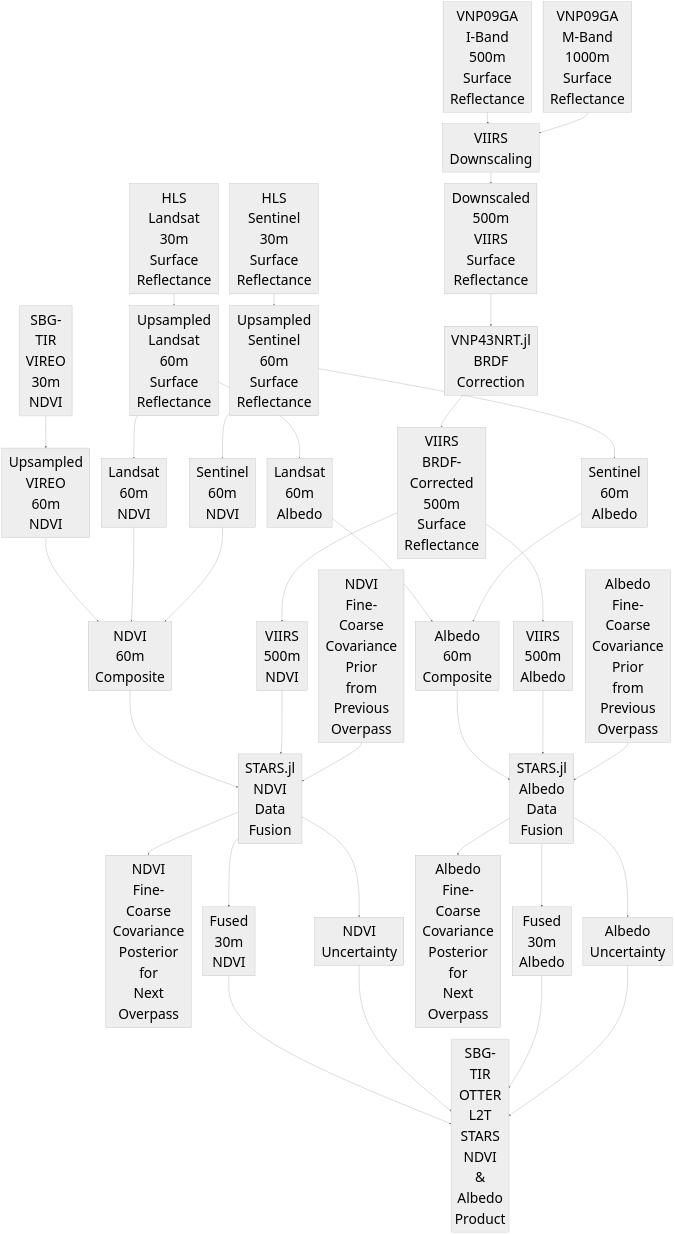
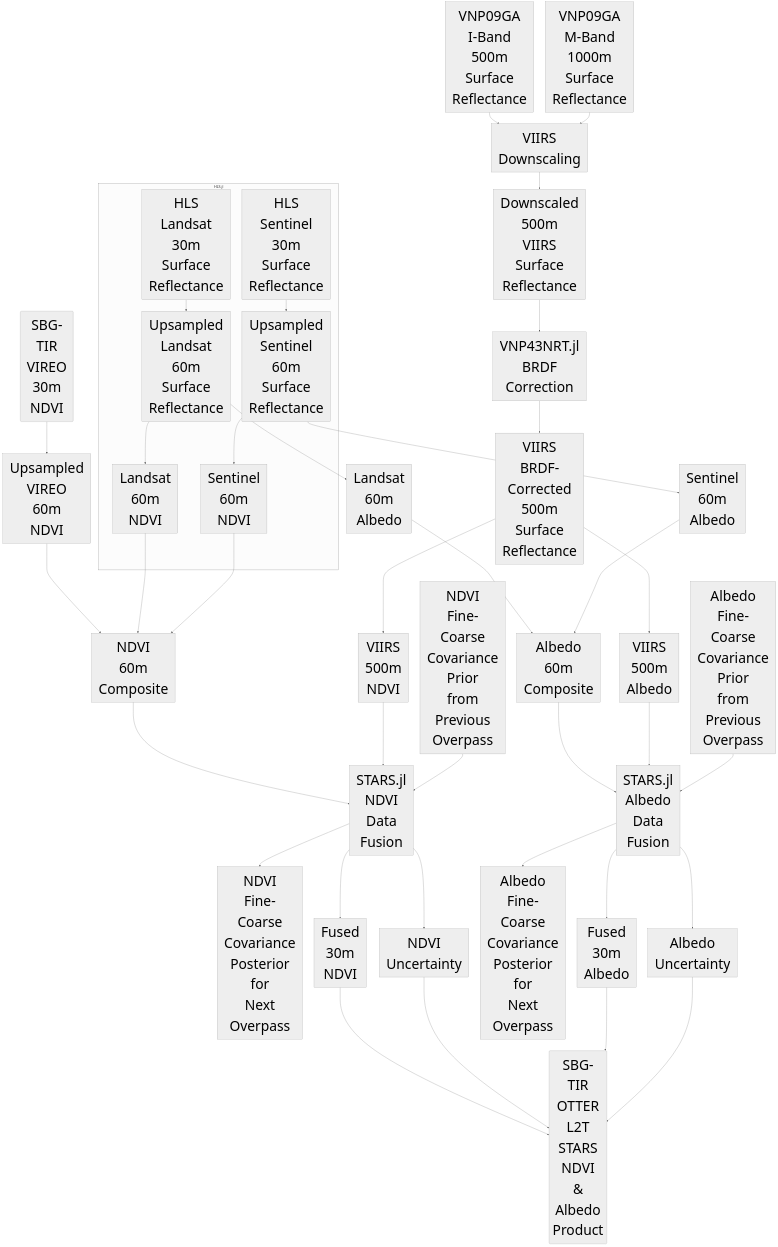
Before and after one commit to sbg-tir/SBG-TIR-L2-STARS: the diagram in README.md, drawn with Mermaid (neutral theme).

```diff
--- a/README.md
+++ b/README.md
@@ -48,12 +48,15 @@
     VIIRS_NDVI[VIIRS<br>500m<br>NDVI]
     VIIRS_albedo[VIIRS<br>500m<br>Albedo]
 
-    Landsat_reflectance[HLS<br>Landsat<br>30m<br>Surface<br>Reflectance]
-    Landsat_upsampled[Upsampled<br>Landsat<br>60m<br>Surface<br>Reflectance]
-    Landsat_NDVI[Landsat<br>60m<br>NDVI]
-    Sentinel_reflectance[HLS<br>Sentinel<br>30m<br>Surface<br>Reflectance]
-    Sentinel_upsampled[Upsampled<br>Sentinel<br>60m<br>Surface<br>Reflectance]
-    Sentinel_NDVI[Sentinel<br>60m<br>NDVI]
+    subgraph HLS_aquisition[HLS.jl]
+        Landsat_reflectance[HLS<br>Landsat<br>30m<br>Surface<br>Reflectance]
+        Landsat_upsampled[Upsampled<br>Landsat<br>60m<br>Surface<br>Reflectance]
+        Landsat_NDVI[Landsat<br>60m<br>NDVI]
+        Sentinel_reflectance[HLS<br>Sentinel<br>30m<br>Surface<br>Reflectance]
+        Sentinel_upsampled[Upsampled<br>Sentinel<br>60m<br>Surface<br>Reflectance]
+        Sentinel_NDVI[Sentinel<br>60m<br>NDVI]
+    end
+
     fine_NDVI_input[NDVI<br>60m<br>Composite]
     NDVI_covariance_prior[NDVI<br>Fine-Coarse<br>Covariance<br>Prior<br>from<br>Previous<br>Overpass]
     NDVI_covariance_posterior[NDVI<br>Fine-Coarse<br>Covariance<br>Posterior<br>for<br>Next<br>Overpass]
```
